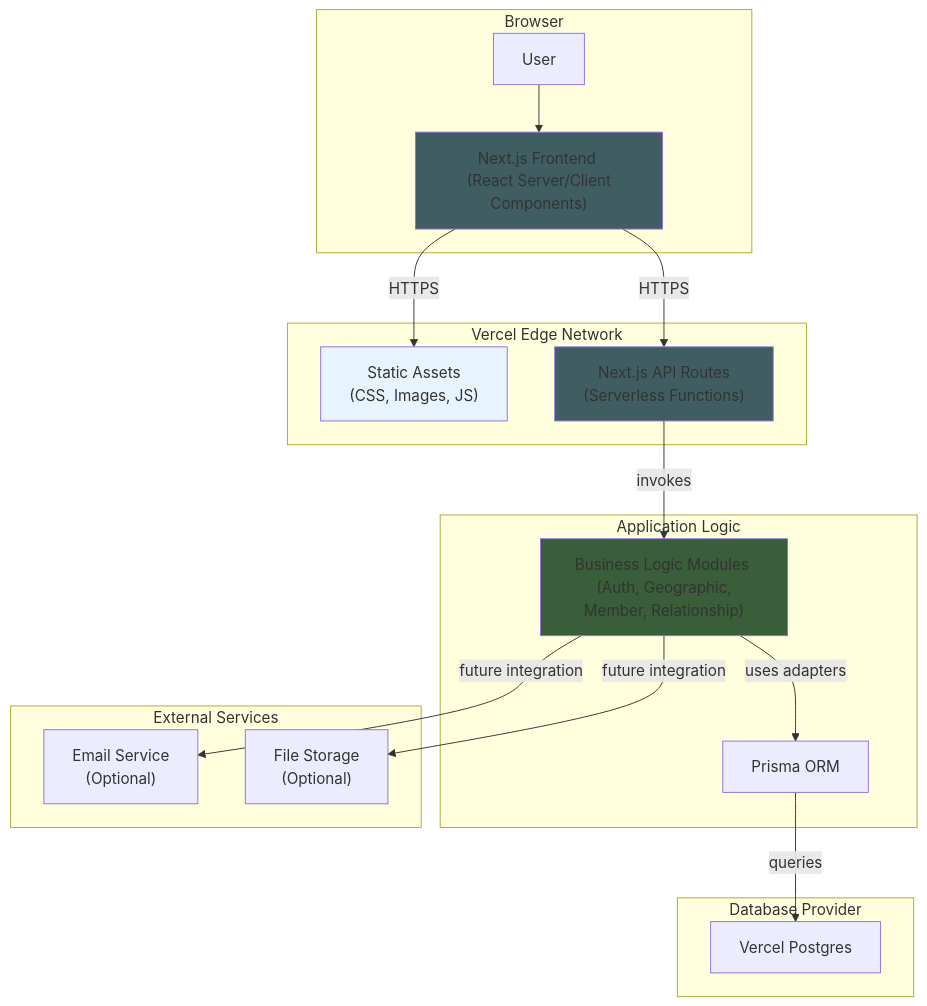
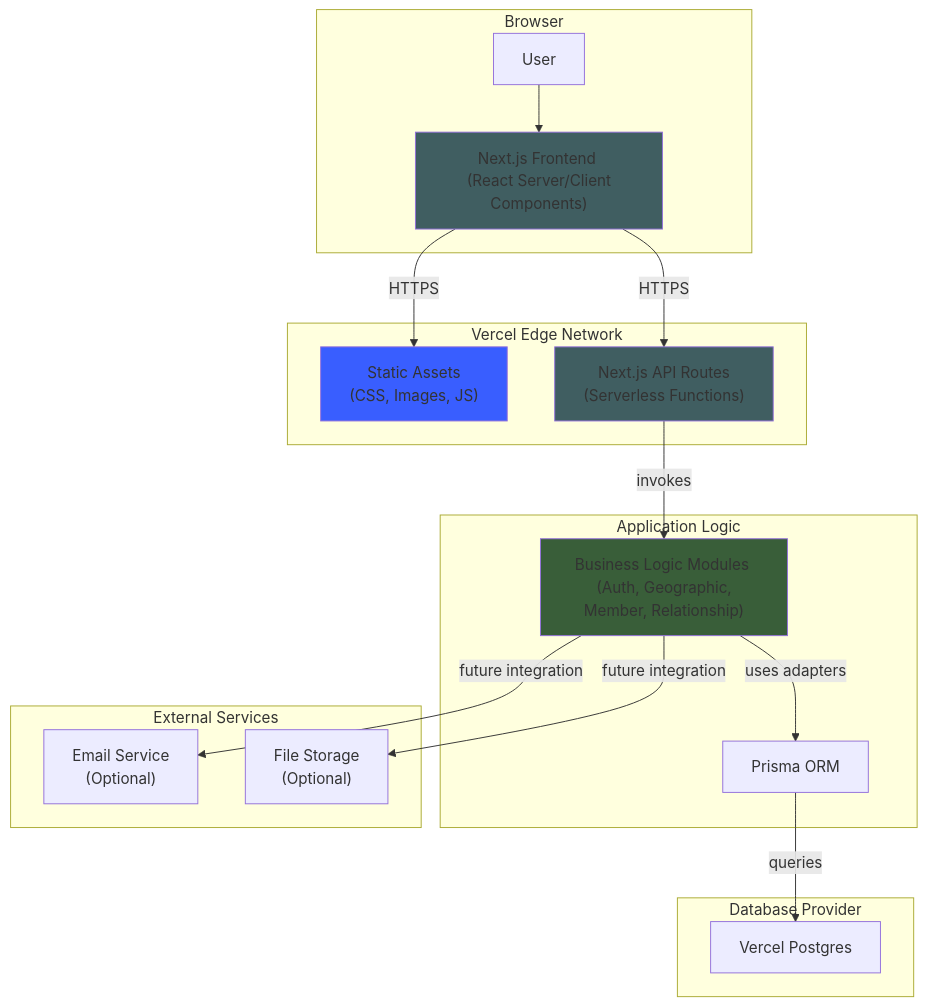
One commit to greg-latuszek/emma-companionship changed the first of 15 diagrams in docs/architecture.md. Above: the diagram before and after it, drawn with Mermaid. The commit also changed other lines of this file, not shown here.

Commit message:
fix diagram colors for white boxes

````diff
--- a/docs/architecture.md
+++ b/docs/architecture.md
@@ -107,30 +107,30 @@
 ```mermaid
 graph TD
     subgraph Browser
         A[User] --> B["Next.js Frontend <br> (React Server/Client Components)"]
     end
 
     subgraph "Vercel Edge Network"
         B -- HTTPS --> C["Static Assets <br> (CSS, Images, JS)"]
         B -- HTTPS --> D["Next.js API Routes <br> (Serverless Functions)"]
     end
 
     subgraph "Application Logic"
         D -- invokes --> E["Business Logic Modules <br> (Auth, Geographic, Member, Relationship)"]
         E -- uses adapters --> F["Prisma ORM"]
     end
 
     subgraph "Database Provider"
         F -- queries --> G["Vercel Postgres"]
     end
 
     subgraph "External Services"
         E -- future integration --> H["Email Service <br> (Optional)"]
         E -- future integration --> I["File Storage <br> (Optional)"]
     end
 
     style B fill:#405E61
     style D fill:#405E61
     style E fill:#395E39
-    style C fill:#E8F4FD
+    style C fill:#395EFF
 ```
````
